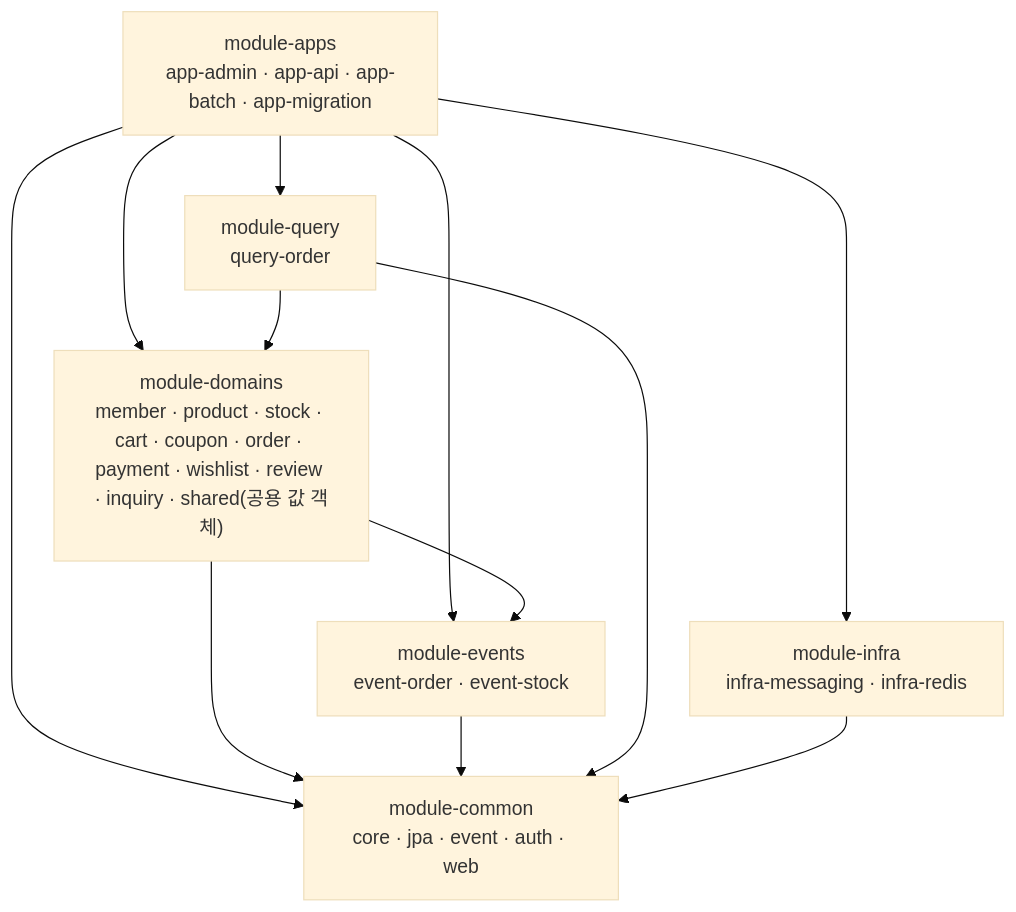
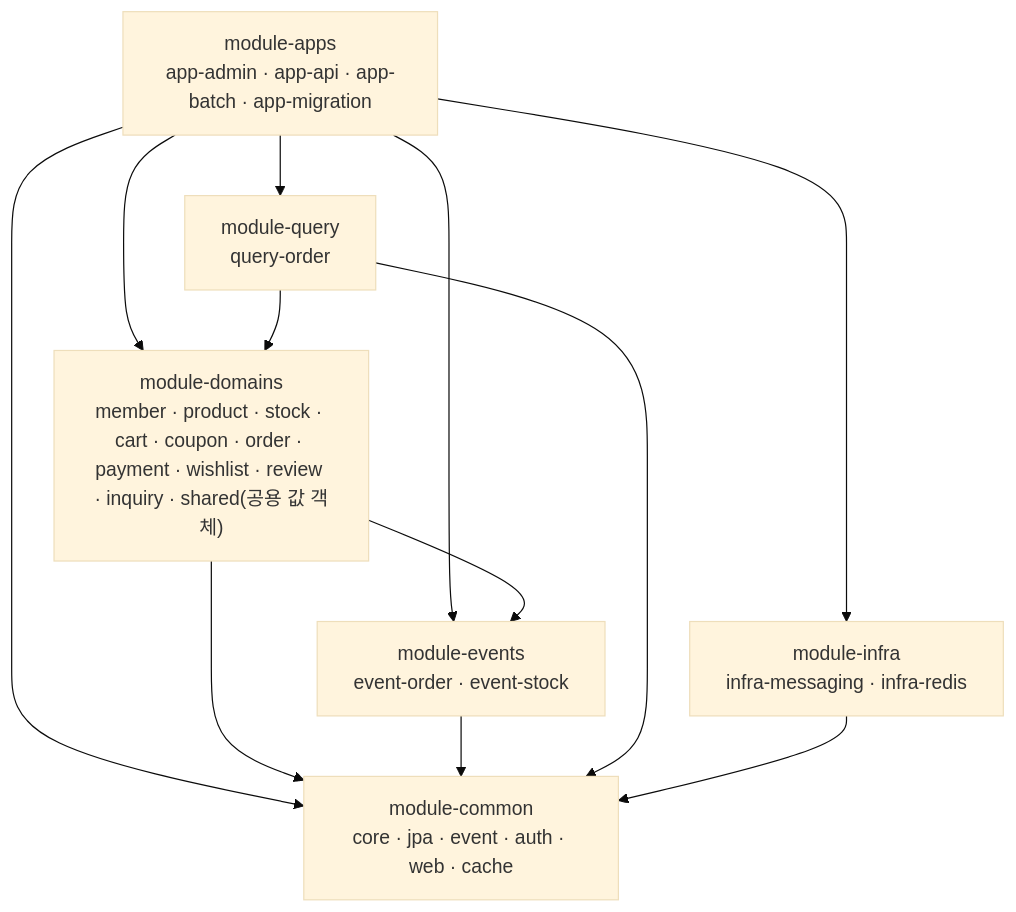
One commit to sangjaeoh/spring-boot-commerce changed the diagram in README.md. Above: the diagram before and after it, drawn with Mermaid (base theme). The commit also changed other lines of this file and 1 other file, not shown here.

````diff
--- a/README.md
+++ b/README.md
@@ -17,20 +17,20 @@
 ```mermaid
 graph TD
     apps["module-apps<br/>app-admin · app-api · app-batch · app-migration"]
     domains["module-domains<br/>member · product · stock · cart · coupon · order · payment · wishlist · review · inquiry · shared(공용 값 객체)"]
     events["module-events<br/>event-order · event-stock"]
     query["module-query<br/>query-order"]
     infra["module-infra<br/>infra-messaging · infra-redis"]
-    common["module-common<br/>core · jpa · event · auth · web"]
+    common["module-common<br/>core · jpa · event · auth · web · cache"]
     apps --> domains
     apps --> events
     apps --> query
     apps --> infra
     apps --> common
     domains --> events
     domains --> common
     events --> common
     query --> domains
     query --> common
     infra --> common
 ```
````
